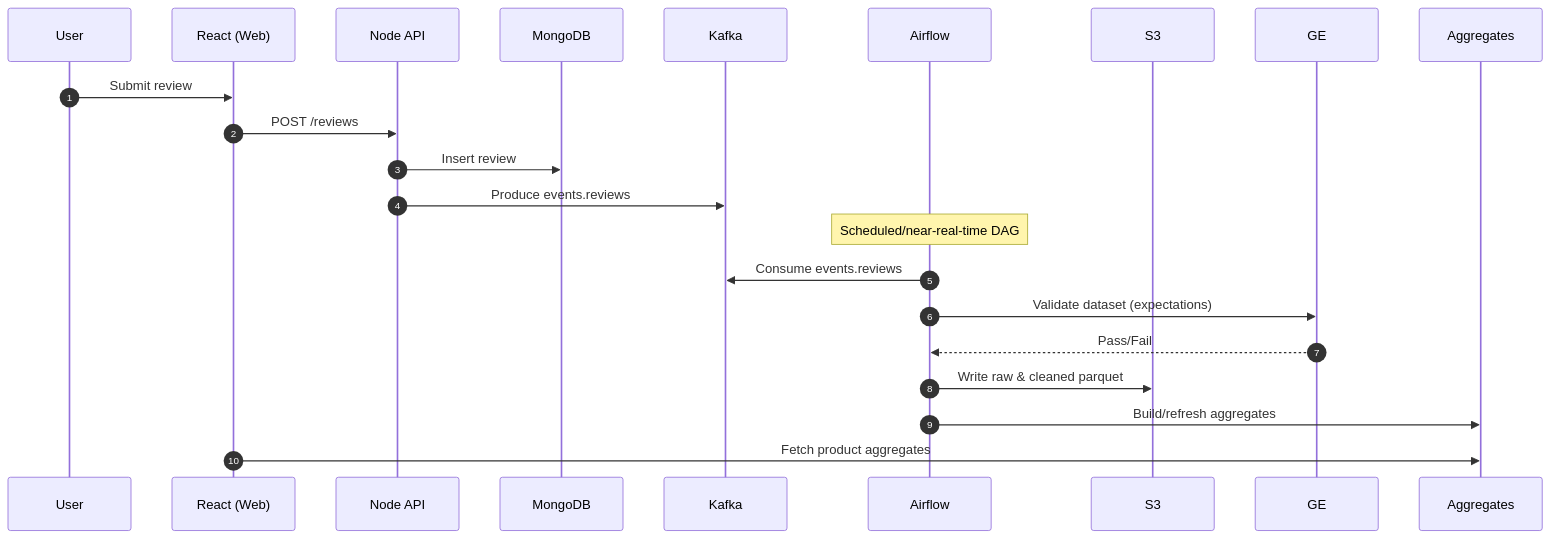
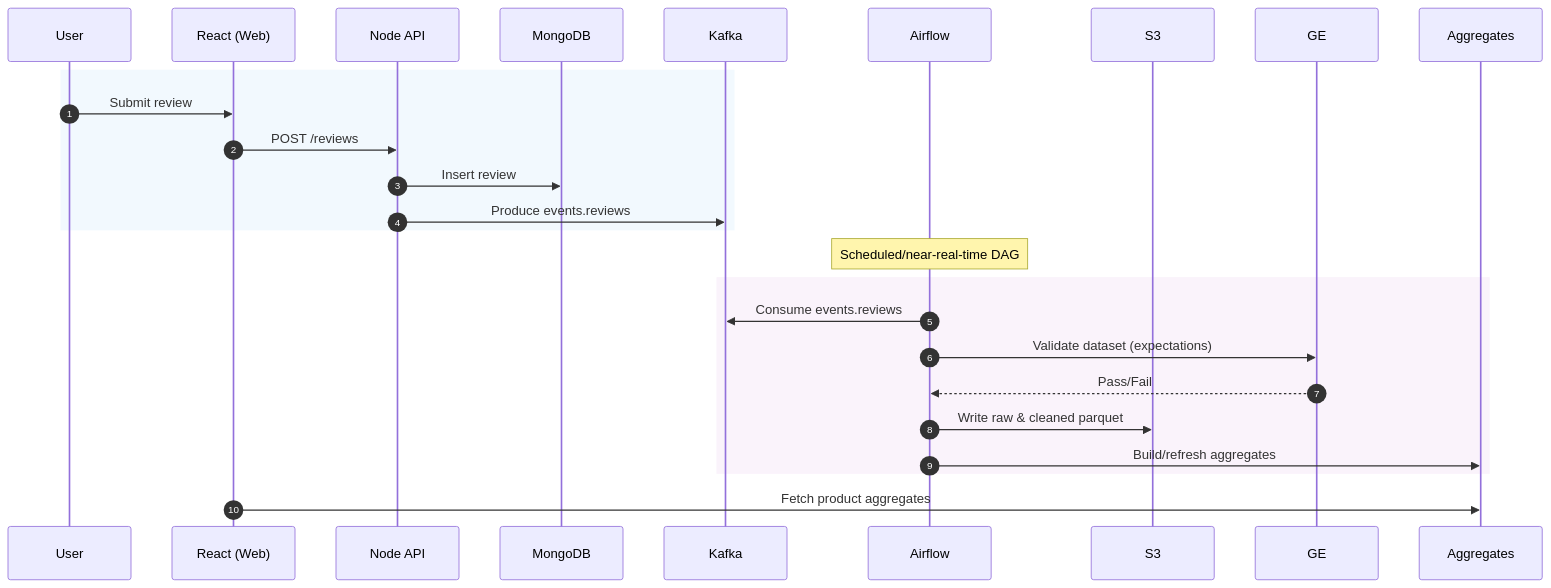
The second of 2 diagrams in README.md (manojtummala/ReviewsVerse), drawn with Mermaid before and after one commit. The commit also changed other lines of this file and 17 other files, not shown here.

````diff
--- a/README.md
+++ b/README.md
@@ -86,25 +98,32 @@
 ```mermaid
 sequenceDiagram
   autonumber
   participant U as User
   participant FE as React (Web)
   participant API as Node API
   participant DB as MongoDB
   participant K as Kafka
   participant AF as Airflow
   participant S as S3
   participant G as GE
   participant AG as Aggregates
 
-  U->>FE: Submit review
-  FE->>API: POST /reviews
-  API->>DB: Insert review
-  API->>K: Produce events.reviews
-  Note over AF: Scheduled/near‑real‑time DAG
-  AF->>K: Consume events.reviews
-  AF->>G: Validate dataset (expectations)
-  G-->>AF: Pass/Fail
-  AF->>S: Write raw & cleaned parquet
-  AF->>AG: Build/refresh aggregates
+  rect rgba(227,242,253,0.45)
+    U->>FE: Submit review
+    FE->>API: POST /reviews
+    API->>DB: Insert review
+    API->>K: Produce events.reviews
+  end
+
+  Note over AF: Scheduled/near-real-time DAG
+
+  rect rgba(243,229,245,0.45)
+    AF->>K: Consume events.reviews
+    AF->>G: Validate dataset (expectations)
+    G-->>AF: Pass/Fail
+    AF->>S: Write raw & cleaned parquet
+    AF->>AG: Build/refresh aggregates
+  end
+
   FE->>AG: Fetch product aggregates
 ```
````
